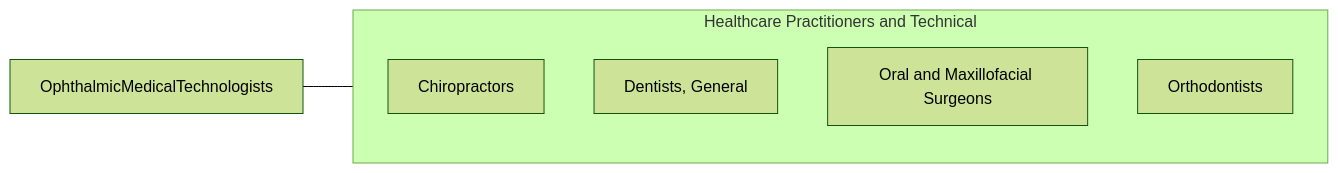
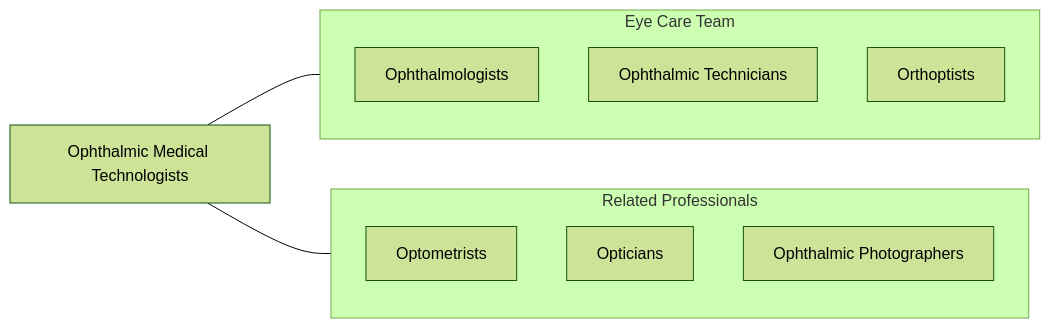
The fourth of 4 diagrams in occupations/HealthcarePractitioners/OphthalmicMedicalTechnologists.mdx (kziemski/business.org.ai), drawn with Mermaid (forest theme) before and after one commit. The commit also changed other lines of this file and 938 other files, not shown here.

````diff
--- a/occupations/HealthcarePractitioners/OphthalmicMedicalTechnologists.mdx
+++ b/occupations/HealthcarePractitioners/OphthalmicMedicalTechnologists.mdx
@@ -111,13 +169,19 @@
 ```mermaid
 graph LR
-    Current["OphthalmicMedicalTechnologists"]
+    Current["Ophthalmic Medical Technologists"]
 
-    subgraph SameCategory["Healthcare Practitioners and Technical"]
-        Chiropractors["Chiropractors"]
-        DentistsGeneral["Dentists, General"]
-        OralAndMaxillofacial["Oral and Maxillofacial Surgeons"]
-        Orthodontists["Orthodontists"]
+    subgraph EyeTeam["Eye Care Team"]
+        Ophthalmologists["Ophthalmologists"]
+        OphthTechs["Ophthalmic Technicians"]
+        Orthoptists["Orthoptists"]
     end
 
-    Current --- SameCategory
+    subgraph Related["Related Professionals"]
+        Optometrists["Optometrists"]
+        Opticians["Opticians"]
+        OcularPhotographers["Ophthalmic Photographers"]
+    end
+
+    Current --- EyeTeam
+    Current --- Related
 ```
````
